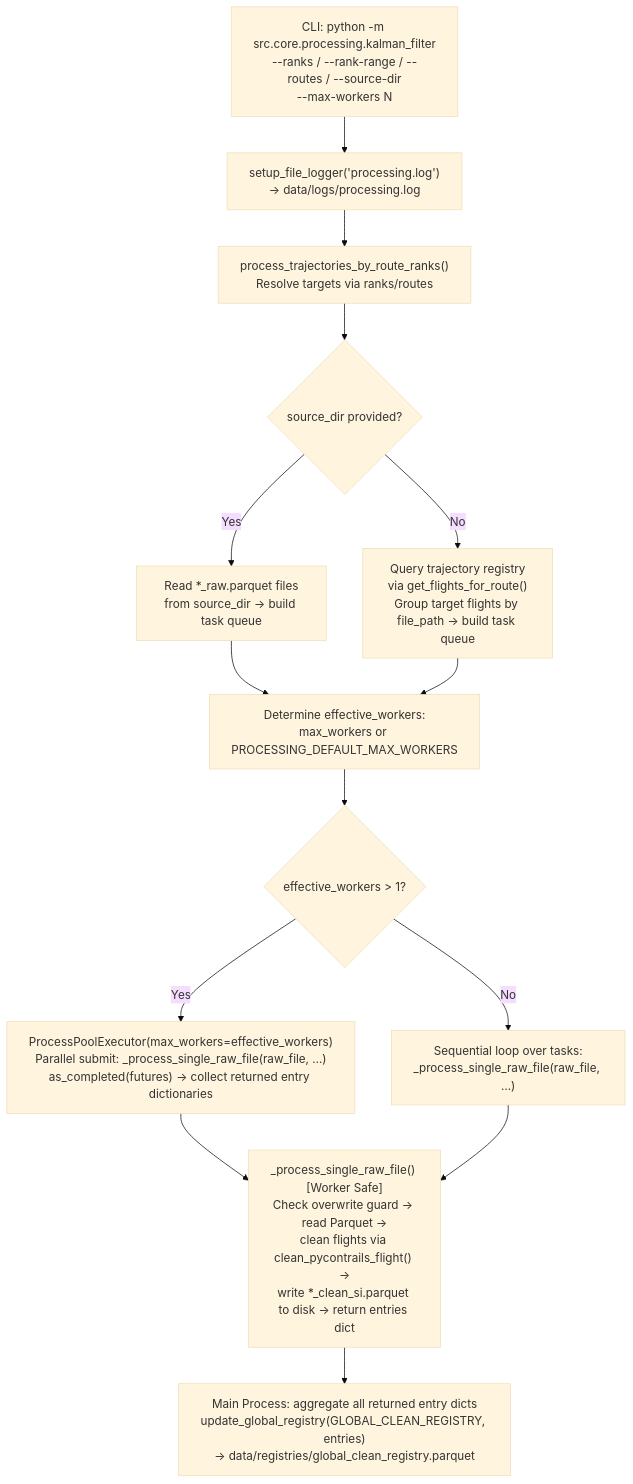
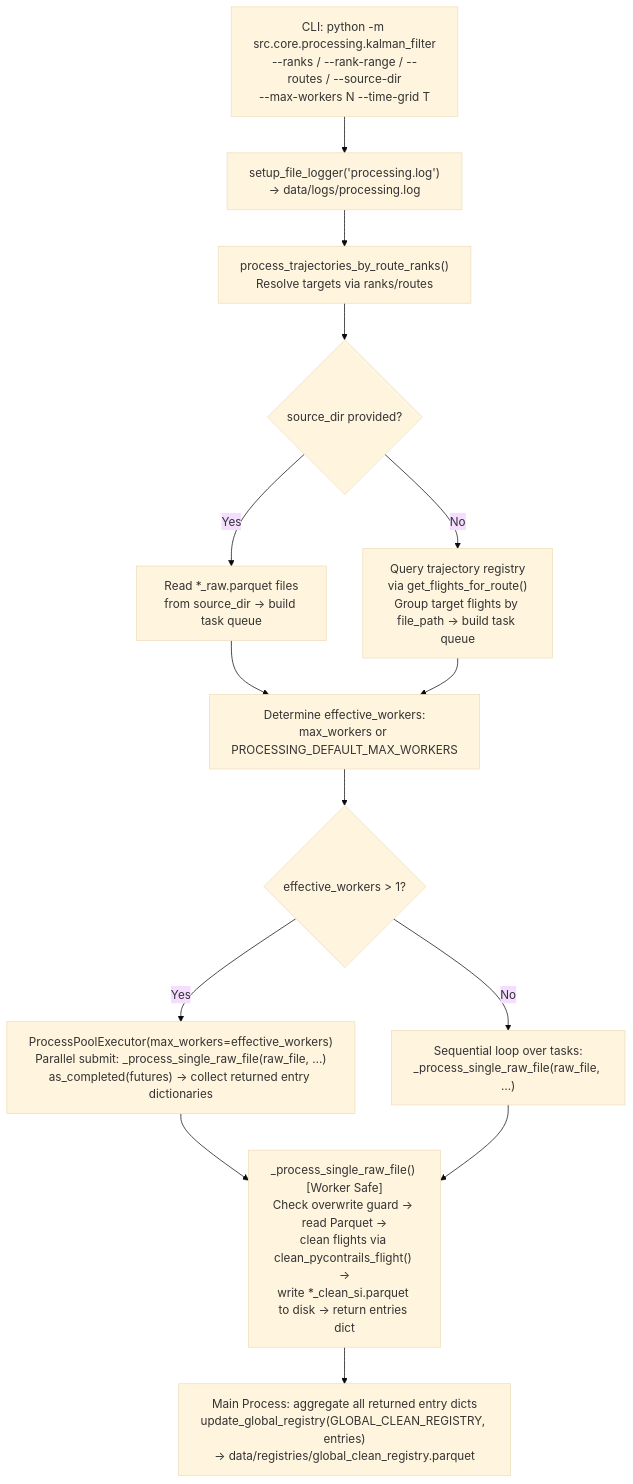
One commit to Bauzement123/flight-physics-pipeline changed the first of 2 diagrams in src/core/processing/README.md. Above: the diagram before and after it, drawn with Mermaid (base theme). The commit also changed other lines of this file and 1 other file, not shown here.

Commit message:
feat new cli parameter in Kalman filter to allow setting the time grid

````diff
--- a/src/core/processing/README.md
+++ b/src/core/processing/README.md
@@ -166,16 +166,16 @@
 ```mermaid
 flowchart TD
-    A["CLI: python -m src.core.processing.kalman_filter\n--ranks / --rank-range / --routes / --source-dir\n--max-workers N"] --> B["setup_file_logger('processing.log')\n→ data/logs/processing.log"]
+    A["CLI: python -m src.core.processing.kalman_filter\n--ranks / --rank-range / --routes / --source-dir\n--max-workers N --time-grid T"] --> B["setup_file_logger('processing.log')\n→ data/logs/processing.log"]
     B --> C["process_trajectories_by_route_ranks()\nResolve targets via ranks/routes"]
     C --> D{"source_dir provided?"}
     D -->|Yes| E["Read *_raw.parquet files\nfrom source_dir → build task queue"]
     D -->|No| F["Query trajectory registry\nvia get_flights_for_route()\nGroup target flights by file_path → build task queue"]
     E --> G["Determine effective_workers:\nmax_workers or PROCESSING_DEFAULT_MAX_WORKERS"]
     F --> G
     G --> H{"effective_workers > 1?"}
     H -->|Yes| I["ProcessPoolExecutor(max_workers=effective_workers)\nParallel submit: _process_single_raw_file(raw_file, …)\nas_completed(futures) → collect returned entry dictionaries"]
     H -->|No| J["Sequential loop over tasks:\n_process_single_raw_file(raw_file, …)"]
     I --> K["_process_single_raw_file() [Worker Safe]\nCheck overwrite guard → read Parquet →\nclean flights via clean_pycontrails_flight() →\nwrite *_clean_si.parquet to disk → return entries dict"]
     J --> K
     K --> L["Main Process: aggregate all returned entry dicts\nupdate_global_registry(GLOBAL_CLEAN_REGISTRY, entries)\n→ data/registries/global_clean_registry.parquet"]
 ```
````
